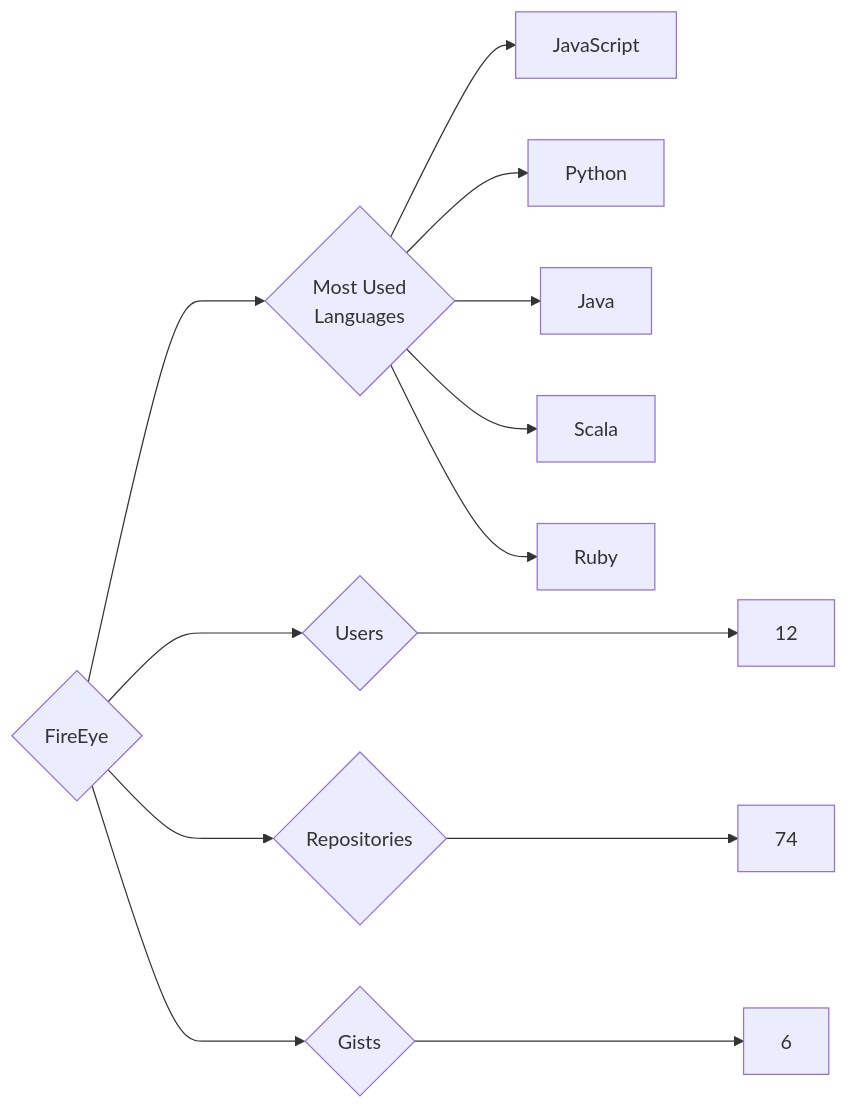
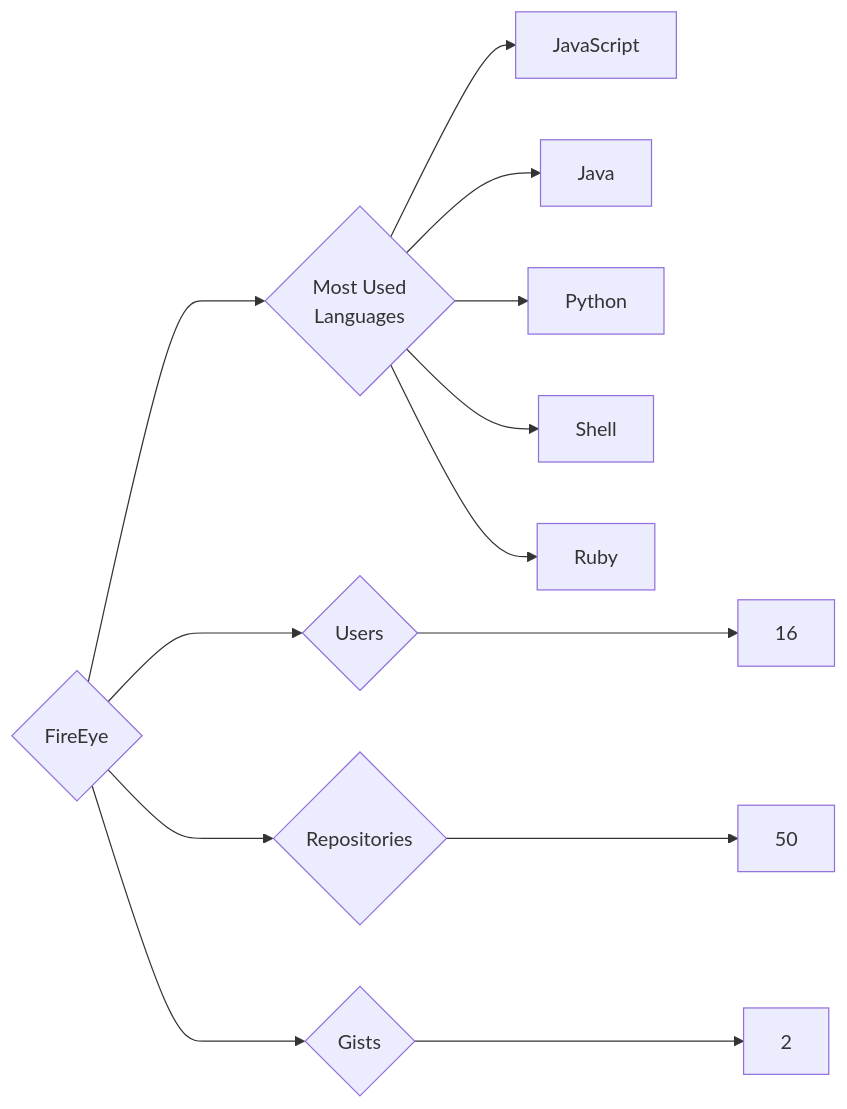
Before and after one commit to trickest/insiders: the diagram in targets/FireEye/README.md, drawn with Mermaid. The commit also changed 859 other files, not shown here.

````diff
--- a/targets/FireEye/README.md
+++ b/targets/FireEye/README.md
@@ -3,13 +3,13 @@
 ```mermaid
 graph LR
 COMPANY_NAME{FireEye}
-COMPANY_NAME ---> U{Users} ---> UN[12]
-COMPANY_NAME ---> R{Repositories} ---> RN[74]
-COMPANY_NAME ---> G{Gists} ---> GN[6]
+COMPANY_NAME ---> U{Users} ---> UN[16]
+COMPANY_NAME ---> R{Repositories} ---> RN[50]
+COMPANY_NAME ---> G{Gists} ---> GN[2]
 COMPANY_NAME ---> ML{Most Used<br>Languages}
 ML --> JavaScript[JavaScript]
+ML --> Java[Java]
 ML --> Python[Python]
-ML --> Java[Java]
-ML --> Scala[Scala]
+ML --> Shell[Shell]
 ML --> Ruby[Ruby]
 ```
````
